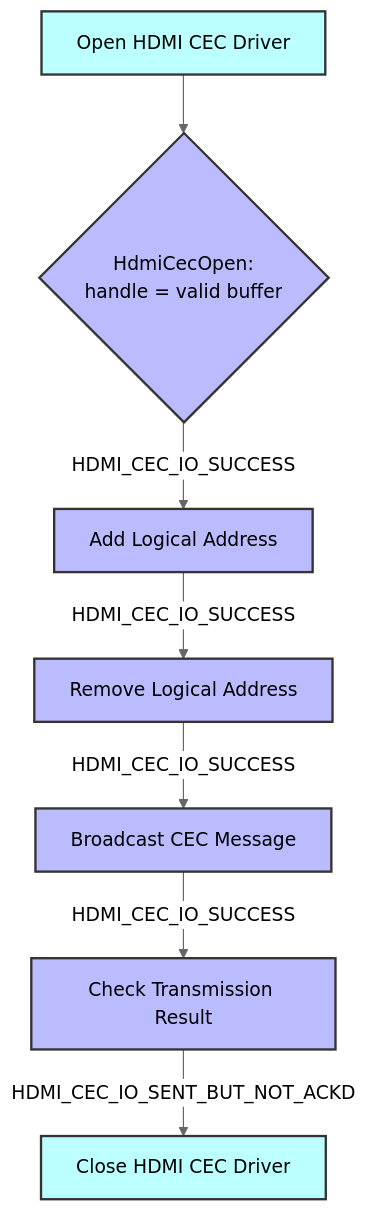
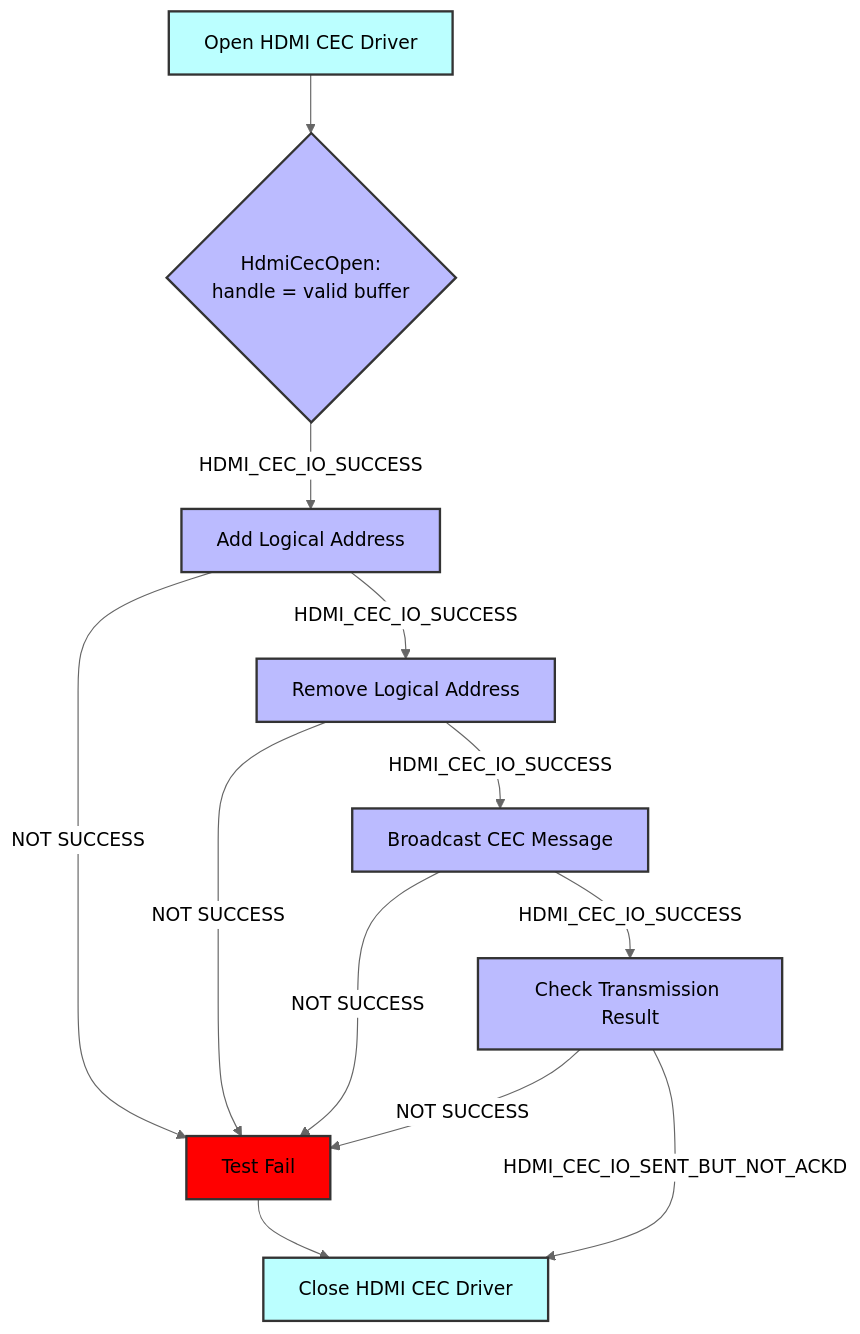
Before and after one commit to rdkcentral/rdk-halif-test-hdmi_cec: the fourth of 6 diagrams in docs/pages/hdmi-cec_L2_Low-Level_TestSpec.md, drawn with Mermaid (neutral theme). The commit also changed other lines of this file, not shown here.

First line of the commit message:
gh #4 updated the failure conditions in mermaid

````diff
--- a/docs/pages/hdmi-cec_L2_Low-Level_TestSpec.md
+++ b/docs/pages/hdmi-cec_L2_Low-Level_TestSpec.md
@@ -222,17 +234,22 @@
 ```mermaid
 graph TD
     style A fill:#bff,stroke:#333,stroke-width:2px
     style B fill:#bbf,stroke:#333,stroke-width:2px
     style C fill:#bbf,stroke:#333,stroke-width:2px
     style D fill:#bbf,stroke:#333,stroke-width:2px
     style E fill:#bbf,stroke:#333,stroke-width:2px
     style F fill:#bbf,stroke:#333,stroke-width:2px
     style G fill:#bff,stroke:#333,stroke-width:2px
+	  style I fill:#f00,stroke:#333,stroke-width:2px
 
     A[Open HDMI CEC Driver] --> B{HdmiCecOpen:\n handle = valid buffer}
-    B -->|HDMI_CEC_IO_SUCCESS| C[Add Logical Address]
+    B -->|HDMI_CEC_IO_SUCCESS| C[Add Logical Address] 
+	  C -->|NOT SUCCESS| I[Test Fail]--> G
     C -->|HDMI_CEC_IO_SUCCESS| D[Remove Logical Address]
+	  D -->|NOT SUCCESS| I[Test Fail]
     D -->|HDMI_CEC_IO_SUCCESS| E[Broadcast CEC Message]
+	  E -->|NOT SUCCESS| I[Test Fail]
     E -->|HDMI_CEC_IO_SUCCESS| F[Check Transmission Result]
+	  F -->|NOT SUCCESS| I[Test Fail]
     F -->|HDMI_CEC_IO_SENT_BUT_NOT_ACKD| G[Close HDMI CEC Driver]
 ```
````
